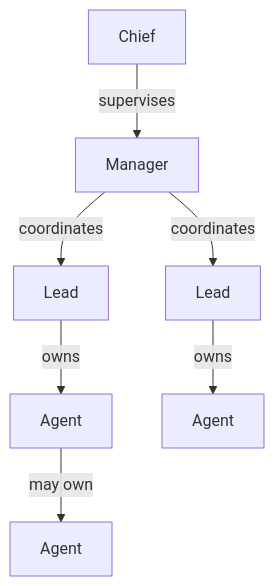
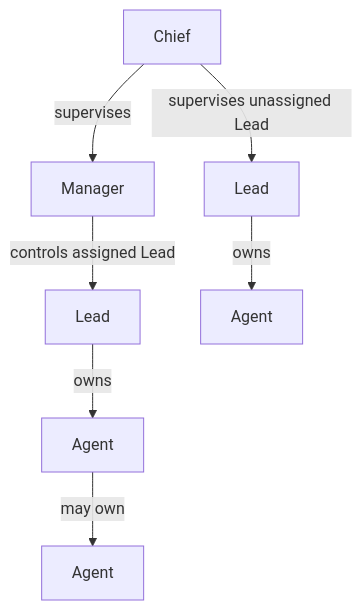
Before and after one commit to boadij/pi-herdsman: the diagram in docs/concepts/coordination.md, drawn with Mermaid. The commit also changed other lines of this file and 19 other files, not shown here.

````diff
--- a/docs/concepts/coordination.md
+++ b/docs/concepts/coordination.md
@@ -10,9 +10,9 @@
 ```mermaid
 flowchart TD
     C[Chief] -->|supervises| M[Manager]
-    M -->|coordinates| L1[Lead]
-    M -->|coordinates| L2[Lead]
+    M -->|controls assigned Lead| L1[Lead]
+    C -->|supervises unassigned Lead| L2[Lead]
     L1 -->|owns| A1[Agent]
     A1 -->|may own| A2[Agent]
     L2 -->|owns| A3[Agent]
 ```
````
